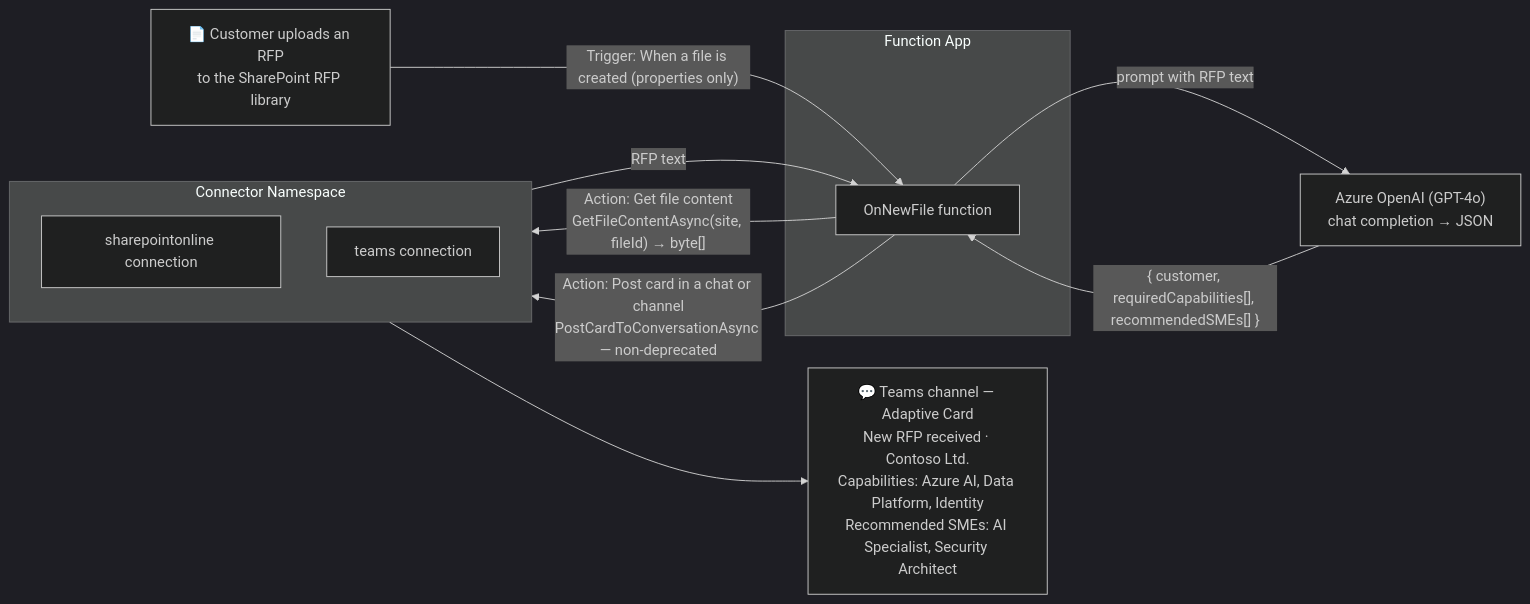
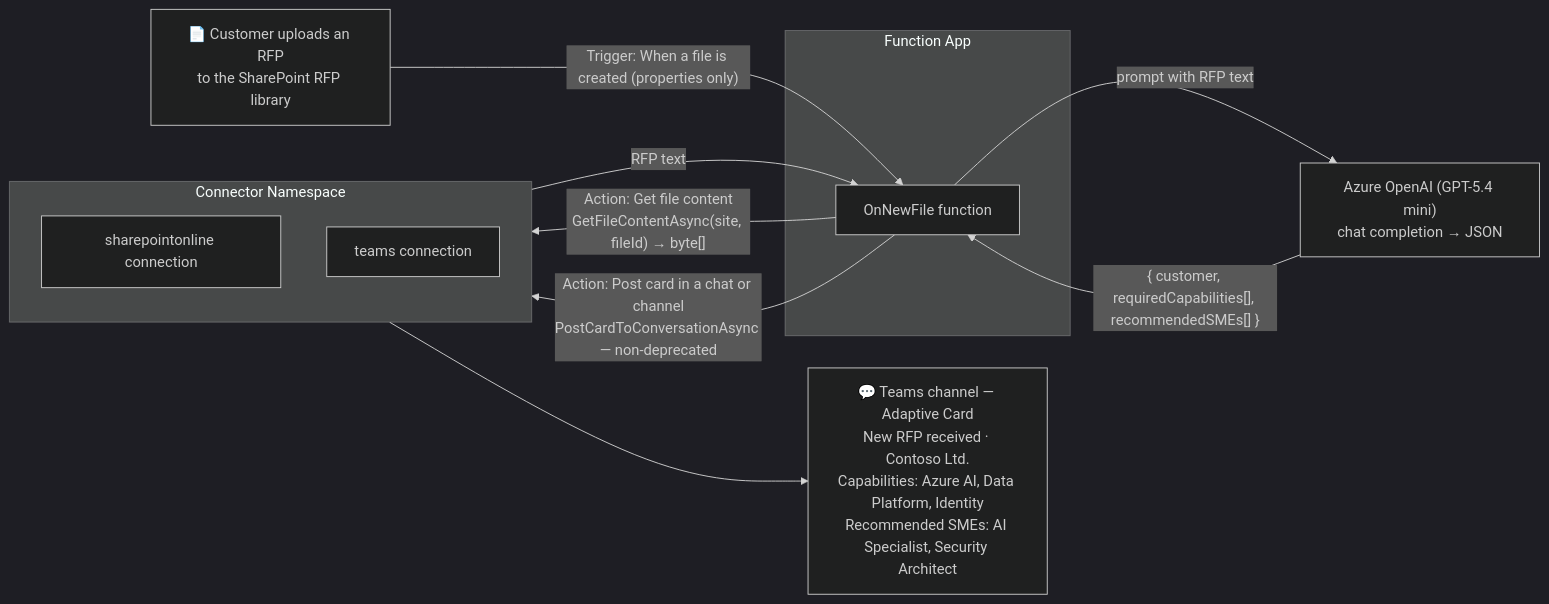
Before and after one commit to Azure-Samples/functions-connectors-net-rfp-intake-sharepoint-teams: the first of 2 diagrams in README.md, drawn with Mermaid (dark theme). The commit also changed other lines of this file and 5 other files, not shown here.

First line of the commit message:
feat: upgrade RFP analysis to GPT-5.4 mini

````diff
--- a/README.md
+++ b/README.md
@@ -16,22 +16,22 @@
 ```mermaid
 flowchart LR
     A["📄 Customer uploads an RFP<br/>to the SharePoint RFP library"]
     A -->|"Trigger: When a file is created (properties only)"| B
 
     subgraph FA["Function App"]
       B["OnNewFile function"]
     end
 
     subgraph CN["Connector Namespace"]
       direction TB
       SP["sharepointonline connection"]
       TM["teams connection"]
     end
 
     B -->|"Action: Get file content<br/>GetFileContentAsync(site, fileId) → byte[]"| SP
     SP -->|"RFP text"| B
-    B -->|"prompt with RFP text"| C["Azure OpenAI (GPT-4o)<br/>chat completion → JSON"]
+    B -->|"prompt with RFP text"| C["Azure OpenAI (GPT-5.4 mini)<br/>chat completion → JSON"]
     C -->|"{ customer, requiredCapabilities[], recommendedSMEs[] }"| B
     B -->|"Action: Post card in a chat or channel<br/>PostCardToConversationAsync — non-deprecated"| TM
     TM --> E["💬 Teams channel — Adaptive Card<br/>New RFP received · Contoso Ltd.<br/>Capabilities: Azure AI, Data Platform, Identity<br/>Recommended SMEs: AI Specialist, Security Architect"]
 ```
````
